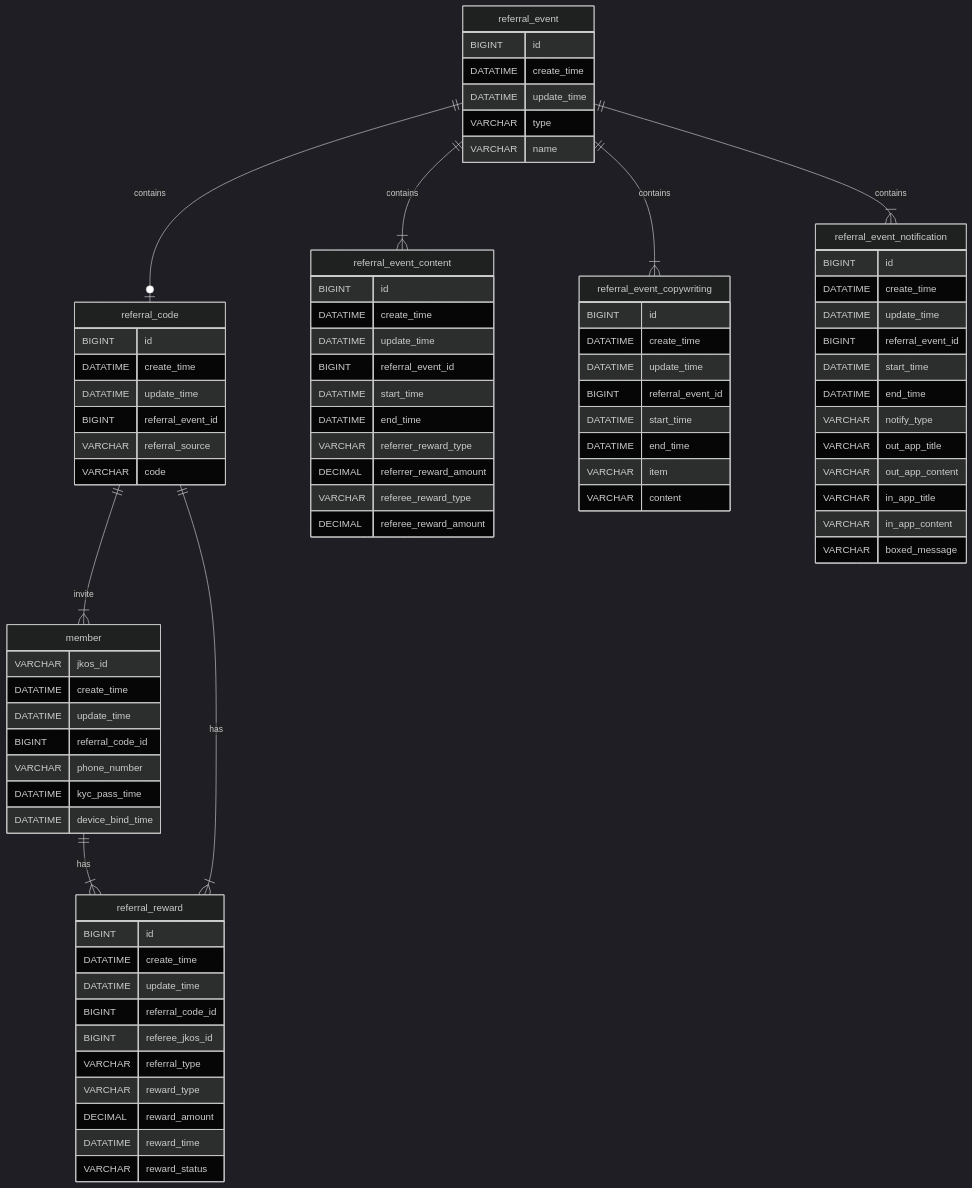
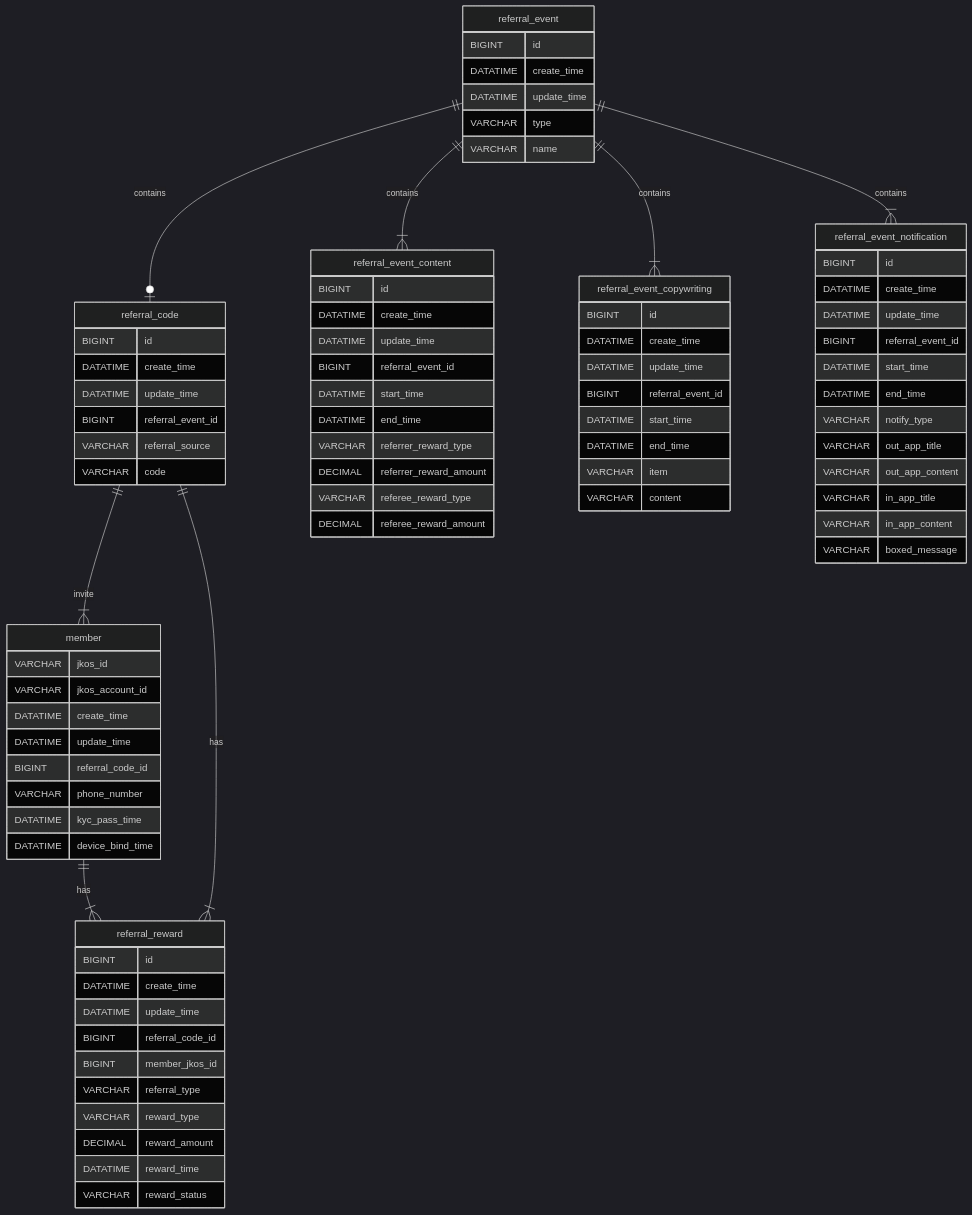
One commit to randallchang/referral_code changed the fourth of 5 diagrams in Referral Code (好友推薦碼) Design Review.md. Above: the diagram before and after it, drawn with Mermaid (dark theme). The commit also changed other lines of this file and 2 other files, not shown here.

Commit message:
feat: rename member

```diff
--- a/Referral Code (好友推薦碼) Design Review.md
+++ b/Referral Code (好友推薦碼) Design Review.md
@@ -172,6 +172,7 @@
     }
     member {
         VARCHAR jkos_id
+        VARCHAR jkos_account_id
         DATATIME create_time
         DATATIME update_time
         BIGINT referral_code_id
@@ -184,7 +185,7 @@
         DATATIME create_time
         DATATIME update_time
         BIGINT referral_code_id
-        BIGINT referee_jkos_id
+        BIGINT member_jkos_id
         VARCHAR referral_type
         VARCHAR reward_type
         DECIMAL reward_amount
```
